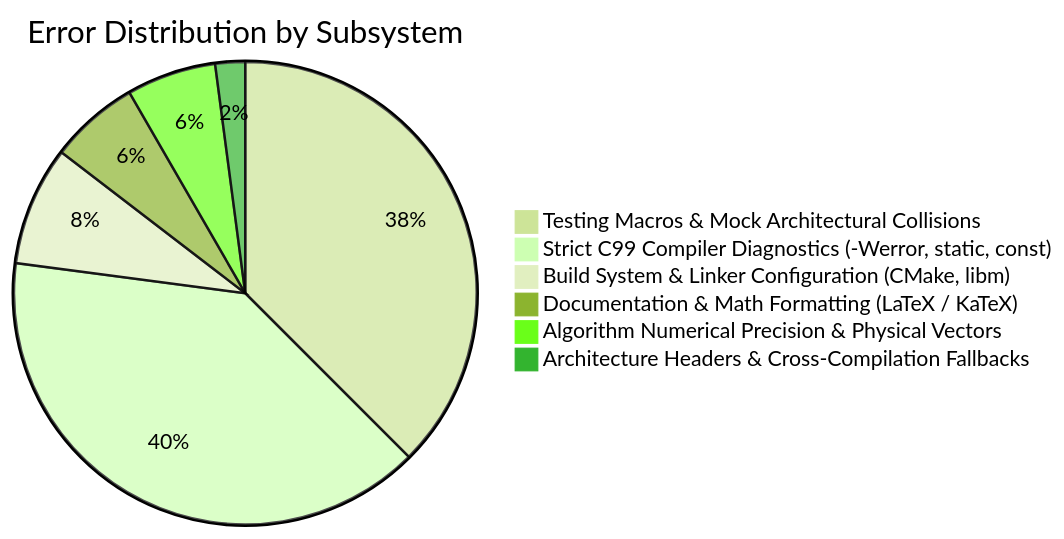
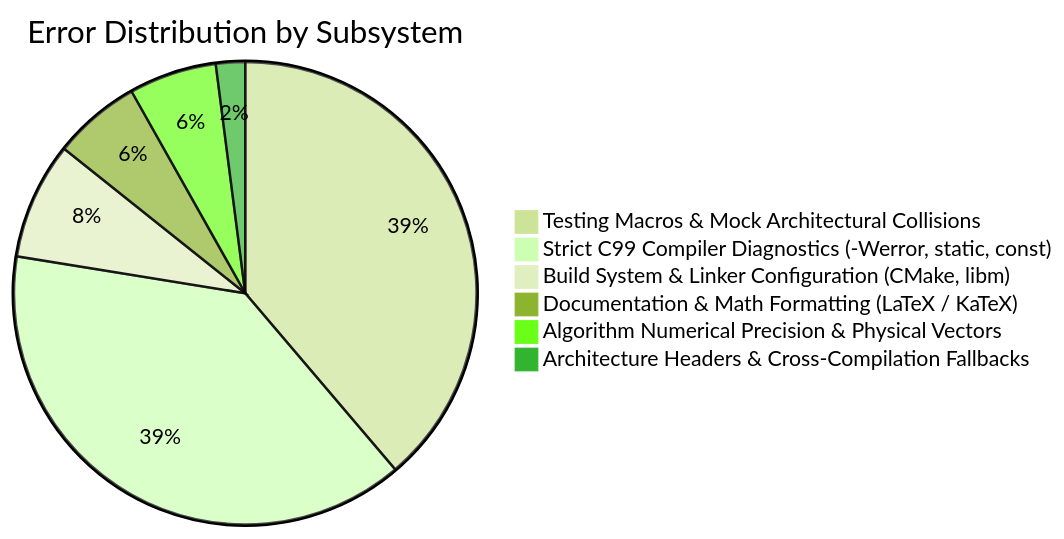
One commit to Thejus26/rain-predict changed the diagram in context/errors/README.md. Above: the diagram before and after it, drawn with Mermaid (forest theme). The commit also changed other lines of this file and 3 other files, not shown here.

````diff
--- a/context/errors/README.md
+++ b/context/errors/README.md
@@ -64,9 +65,9 @@
 ```mermaid
 pie title Error Distribution by Subsystem
-    "Testing Macros & Mock Architectural Collisions" : 18
+    "Testing Macros & Mock Architectural Collisions" : 19
     "Strict C99 Compiler Diagnostics (-Werror, static, const)" : 19
     "Build System & Linker Configuration (CMake, libm)" : 4
     "Documentation & Math Formatting (LaTeX / KaTeX)" : 3
     "Algorithm Numerical Precision & Physical Vectors" : 3
     "Architecture Headers & Cross-Compilation Fallbacks" : 1
 ```
````
